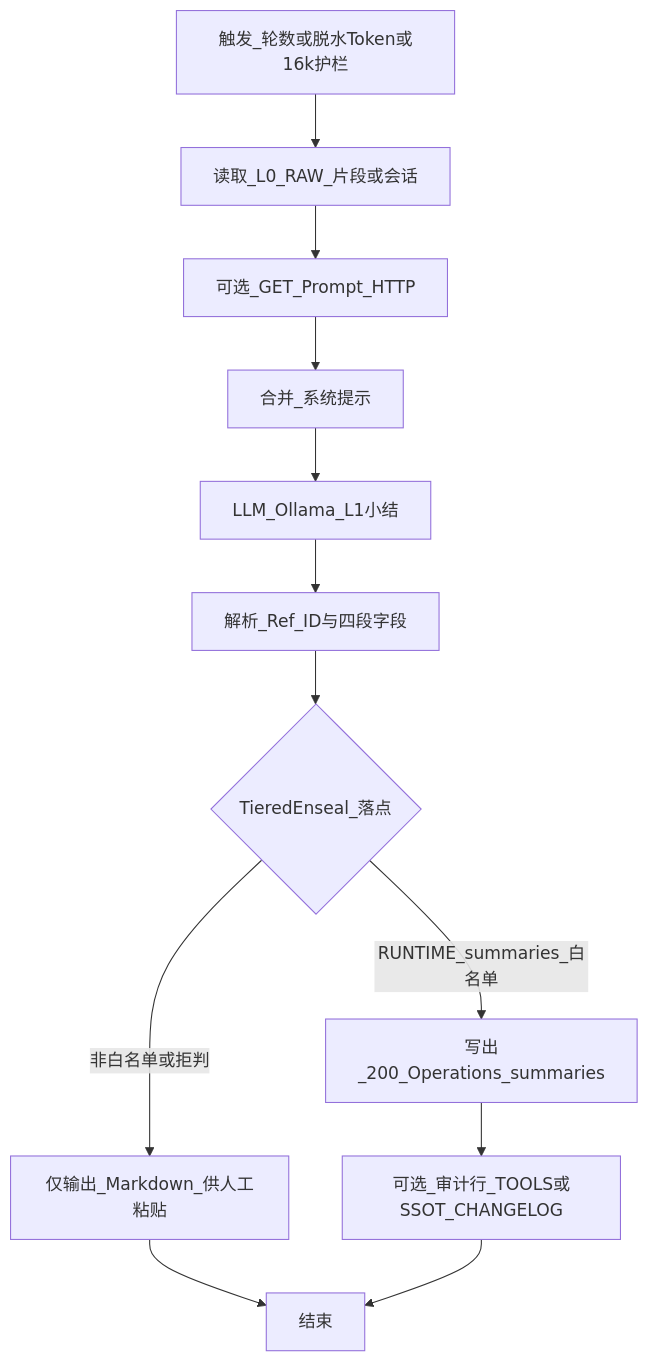
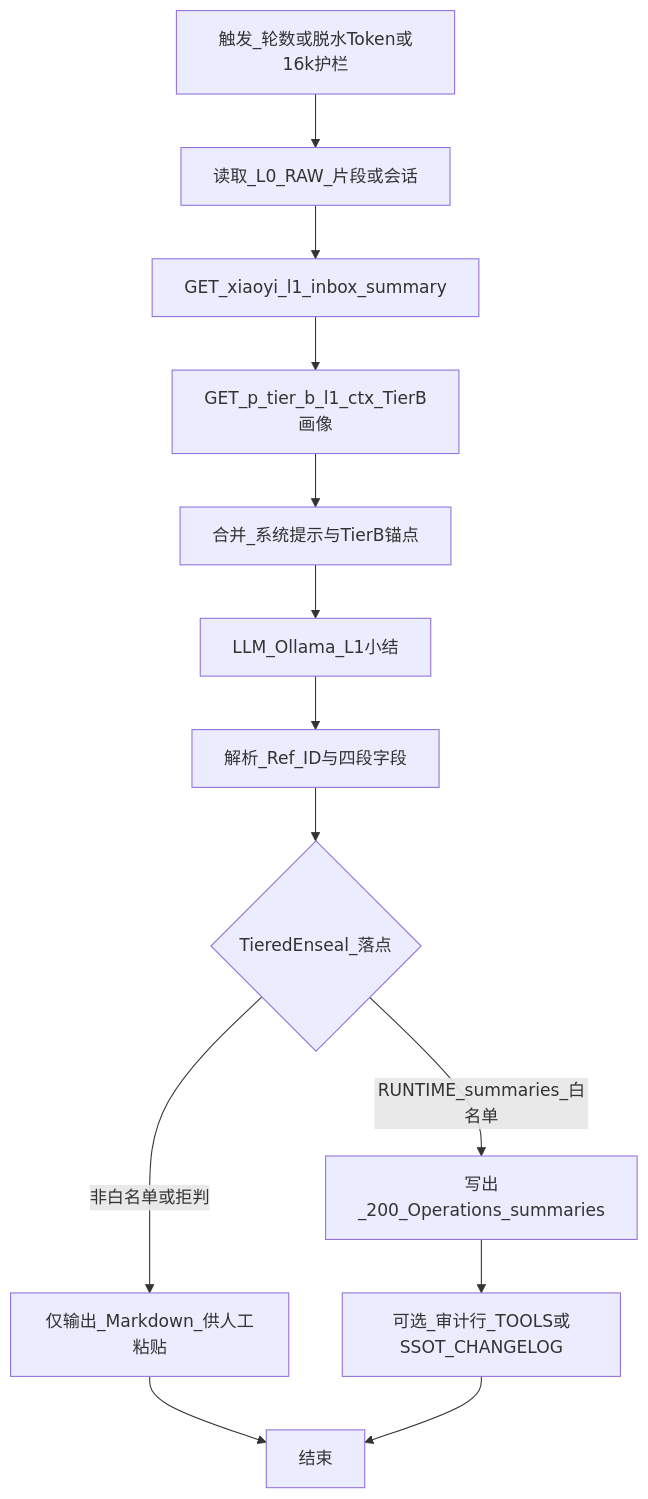
One commit to kennyxu73-sketch/AI-obsidian changed the diagram in Dify/01_Ingest_&_Memory/WF_Inbox_L1_Summary.md. Above: the diagram before and after it, drawn with Mermaid. The commit also changed other lines of this file and 8 other files, not shown here.

````diff
--- a/Dify/01_Ingest_&_Memory/WF_Inbox_L1_Summary.md
+++ b/Dify/01_Ingest_&_Memory/WF_Inbox_L1_Summary.md
@@ -20,14 +21,15 @@
 ```mermaid
 flowchart TD
   Trig[触发_轮数或脱水Token或16k护栏] --> FetchL0[读取_L0_RAW_片段或会话]
-  FetchL0 --> HttpPrompt[可选_GET_Prompt_HTTP]
-  HttpPrompt --> MergeCtx[合并_系统提示]
+  FetchL0 --> HttpPrompt[GET_xiaoyi_l1_inbox_summary]
+  HttpPrompt --> GetTierB[GET_p_tier_b_l1_ctx_TierB画像]
+  GetTierB --> MergeCtx[合并_系统提示与TierB锚点]
   MergeCtx --> LLM[LLM_Ollama_L1小结]
   LLM --> Parse[解析_Ref_ID与四段字段]
   Parse --> Tier{TieredEnseal_落点}
   Tier -->|RUNTIME_summaries_白名单| OutA[写出_200_Operations_summaries]
   Tier -->|非白名单或拒判| Hold[仅输出_Markdown_供人工粘贴]
   OutA --> Changelog[可选_审计行_TOOLS或SSOT_CHANGELOG]
   Hold --> EndNode[结束]
   Changelog --> EndNode
 ```
````
